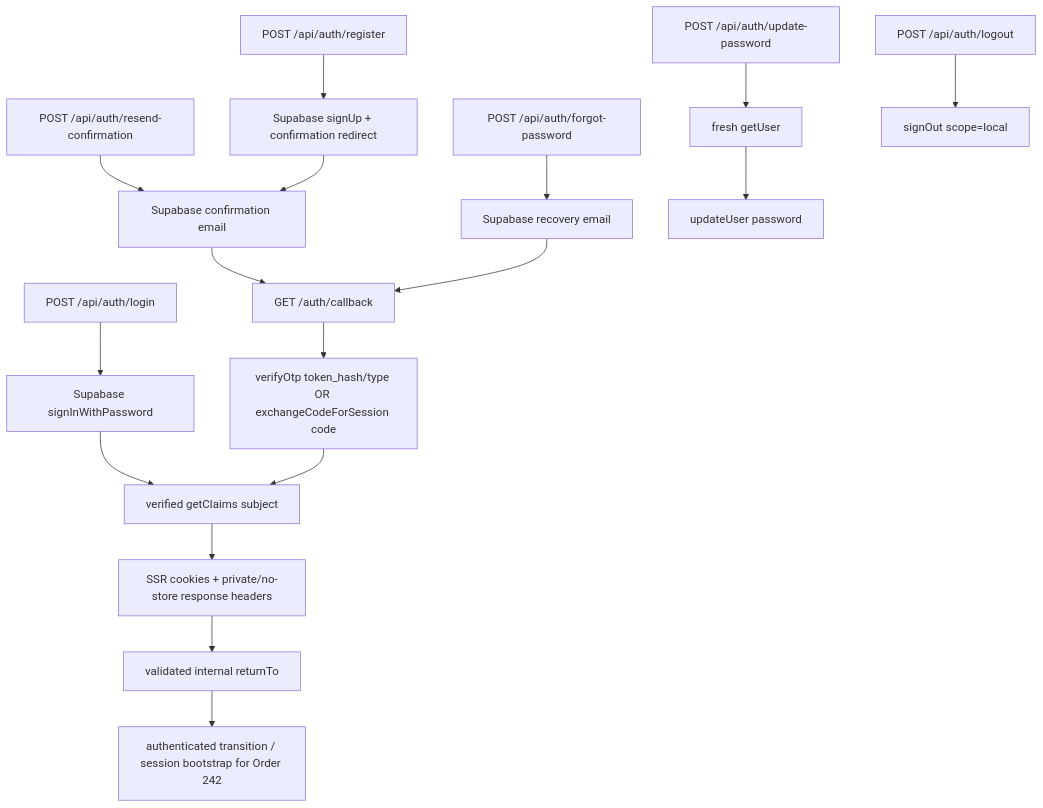
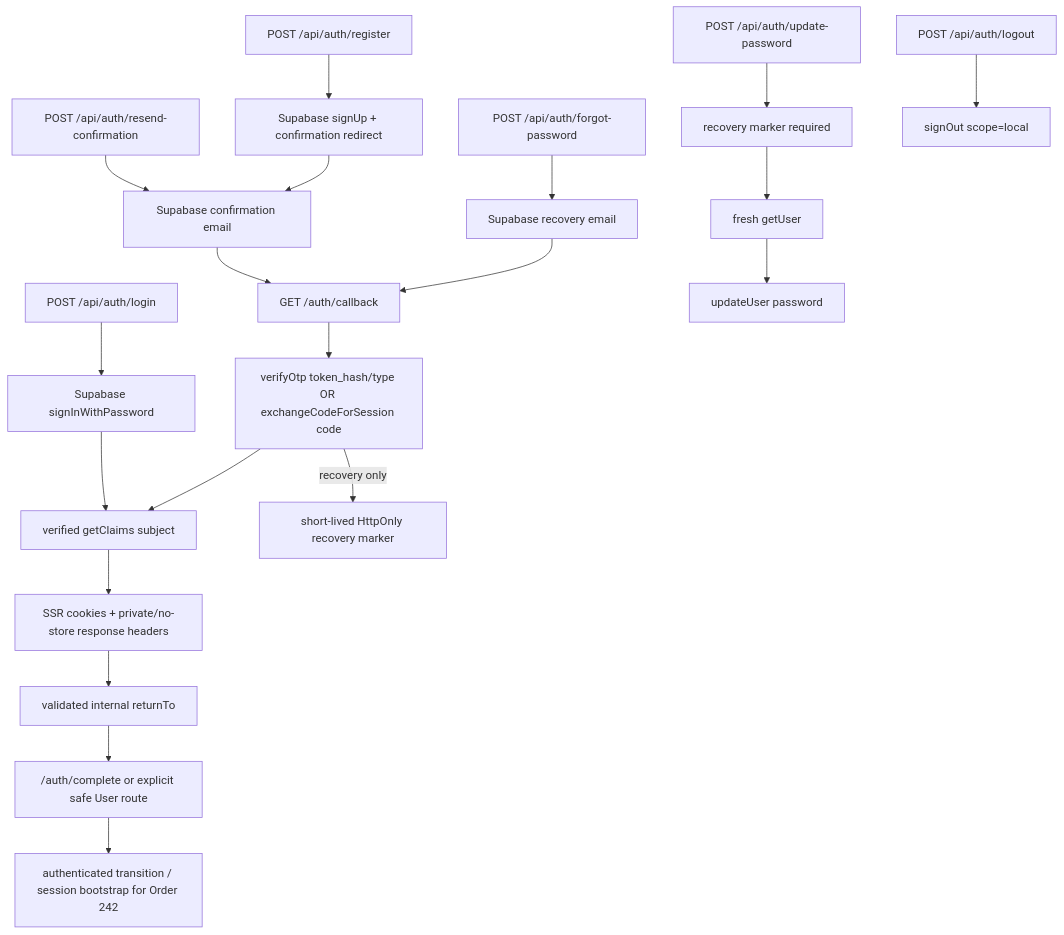
The diagram in docs/auth-login-policy.md (keianduu/muuzee), drawn with Mermaid before and after one commit. The commit also changed other lines of this file and 19 other files, not shown here.

Commit message:
fix: restrict password updates to recovery flow

````diff
--- a/docs/auth-login-policy.md
+++ b/docs/auth-login-policy.md
@@ -44,19 +44,22 @@
 ```mermaid
 flowchart TD
   Login["POST /api/auth/login"] --> Password["Supabase signInWithPassword"]
   Register["POST /api/auth/register"] --> Signup["Supabase signUp + confirmation redirect"]
   Resend["POST /api/auth/resend-confirmation"] --> Mail["Supabase confirmation email"]
   Signup --> Mail
   Mail --> Callback["GET /auth/callback"]
   Forgot["POST /api/auth/forgot-password"] --> ResetMail["Supabase recovery email"]
   ResetMail --> Callback
   Callback --> Verify["verifyOtp token_hash/type OR exchangeCodeForSession code"]
   Password --> Verified["verified getClaims subject"]
   Verify --> Verified
   Verified --> Cookie["SSR cookies + private/no-store response headers"]
   Cookie --> Return["validated internal returnTo"]
-  Return --> Handoff["authenticated transition / session bootstrap for Order 242"]
-  Update["POST /api/auth/update-password"] --> Fresh["fresh getUser"]
+  Return --> Complete["/auth/complete or explicit safe User route"]
+  Complete --> Handoff["authenticated transition / session bootstrap for Order 242"]
+  Verify -->|recovery only| Marker["short-lived HttpOnly recovery marker"]
+  Update["POST /api/auth/update-password"] --> MarkerCheck["recovery marker required"]
+  MarkerCheck --> Fresh["fresh getUser"]
   Fresh --> Change["updateUser password"]
   Logout["POST /api/auth/logout"] --> LocalSignout["signOut scope=local"]
 ```
````
